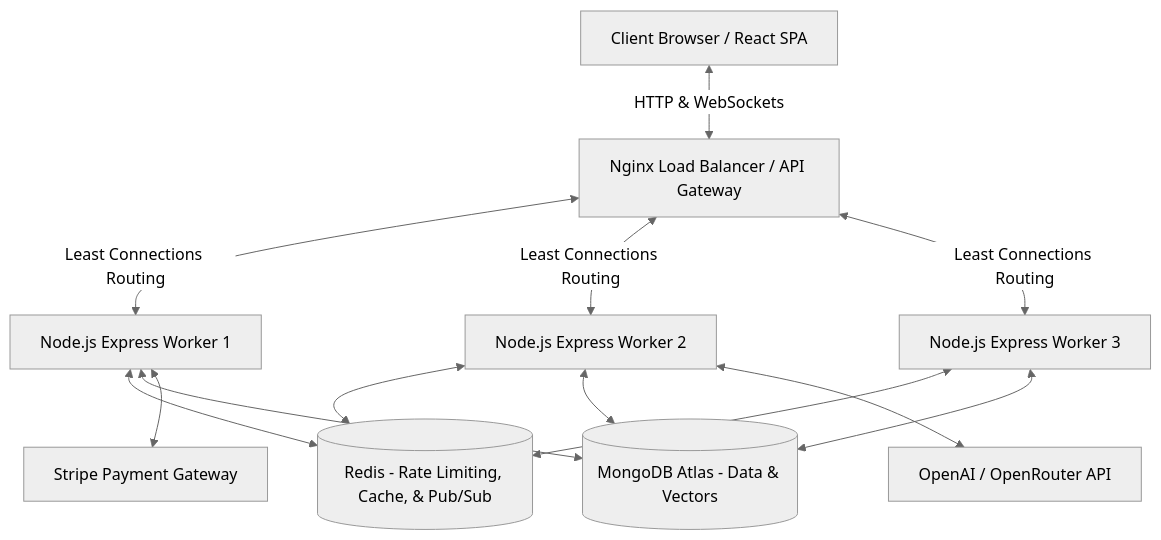
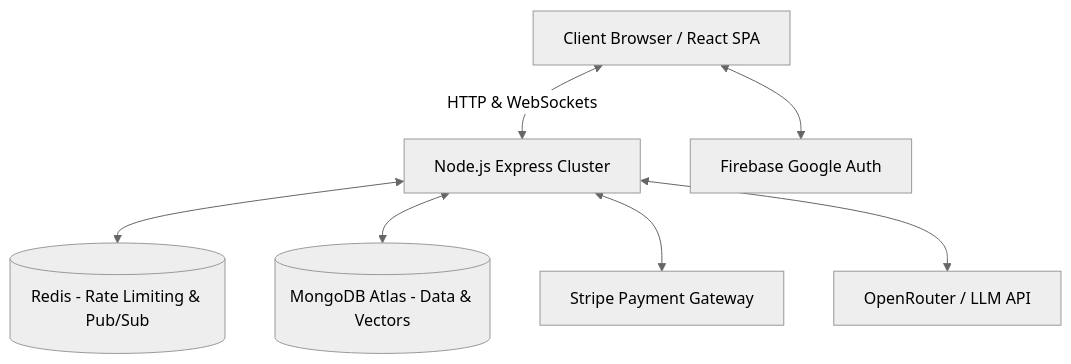
The diagram in README.md (Satyam6201/MockMate-AI), drawn with Mermaid (neutral theme) before and after one commit. The commit also changed other lines of this file, not shown here.

````diff
--- a/README.md
+++ b/README.md
@@ -107,28 +128,17 @@
 ```mermaid
 graph TD
     Client[Client Browser / React SPA]
-    Nginx[Nginx Load Balancer / API Gateway]
-    Worker1[Node.js Express Worker 1]
-    Worker2[Node.js Express Worker 2]
-    Worker3[Node.js Express Worker 3]
-    Redis[(Redis - Rate Limiting, Cache, & Pub/Sub)]
+    Backend[Node.js Express Cluster]
+    Redis[(Redis - Rate Limiting & Pub/Sub)]
     Mongo[(MongoDB Atlas - Data & Vectors)]
     Stripe[Stripe Payment Gateway]
-    OpenAI[OpenAI / OpenRouter API]
+    OpenRouter[OpenRouter / LLM API]
+    Firebase[Firebase Google Auth]
 
-    Client <-->|HTTP & WebSockets| Nginx
-    Nginx <-->|Least Connections Routing| Worker1
-    Nginx <-->|Least Connections Routing| Worker2
-    Nginx <-->|Least Connections Routing| Worker3
-    
-    Worker1 <--> Redis
-    Worker2 <--> Redis
-    Worker3 <--> Redis
-
-    Worker1 <--> Mongo
-    Worker2 <--> Mongo
-    Worker3 <--> Mongo
-
-    Worker1 <--> Stripe
-    Worker2 <--> OpenAI
+    Client <-->|HTTP & WebSockets| Backend
+    Backend <--> Redis
+    Backend <--> Mongo
+    Backend <--> Stripe
+    Backend <--> OpenRouter
+    Client <--> Firebase
 ```
````
